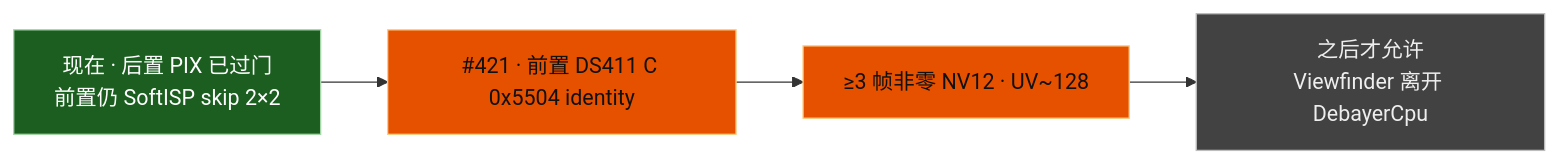
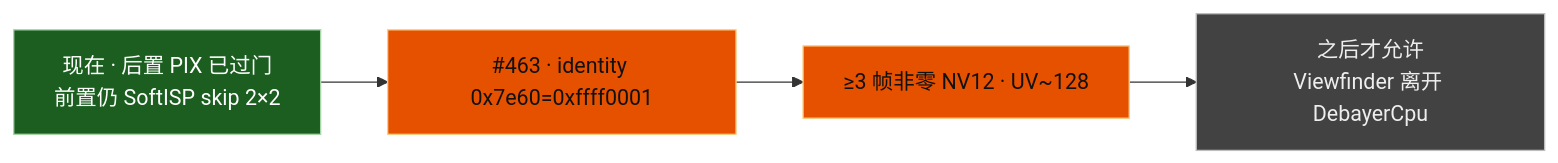
Before and after one commit to Huabin1010/dagu-mainline-linux: the first of 5 diagrams in linux-mainline/docs/dagu-ife-pipeline-status.md, drawn with Mermaid. The commit also changed other lines of this file and 210 other files, not shown here.

````diff
--- a/linux-mainline/docs/dagu-ife-pipeline-status.md
+++ b/linux-mainline/docs/dagu-ife-pipeline-status.md
@@ -31,17 +31,17 @@
 ```mermaid
 flowchart LR
   NOW["现在 · 后置 PIX 已过门<br/>前置仍 SoftISP skip 2×2"]
-  CUT["#421 · 前置 DS411 C 0x5504 identity"]
+  CUT["#463 · identity 0x7e60=0xffff0001"]
   GOAL["≥3 帧非零 NV12 · UV~128"]
   LATER["之后才允许<br/>Viewfinder 离开 DebayerCpu"]
   NOW --> CUT --> GOAL --> LATER
 
   class NOW ok
   class CUT gap
   class GOAL gap
   class LATER later
 
   classDef ok fill:#1b5e20,stroke:#a5d6a7,color:#fff
   classDef gap fill:#e65100,stroke:#ffcc80,color:#111
   classDef later fill:#424242,stroke:#bdbdbd,color:#eee
 ```
````
